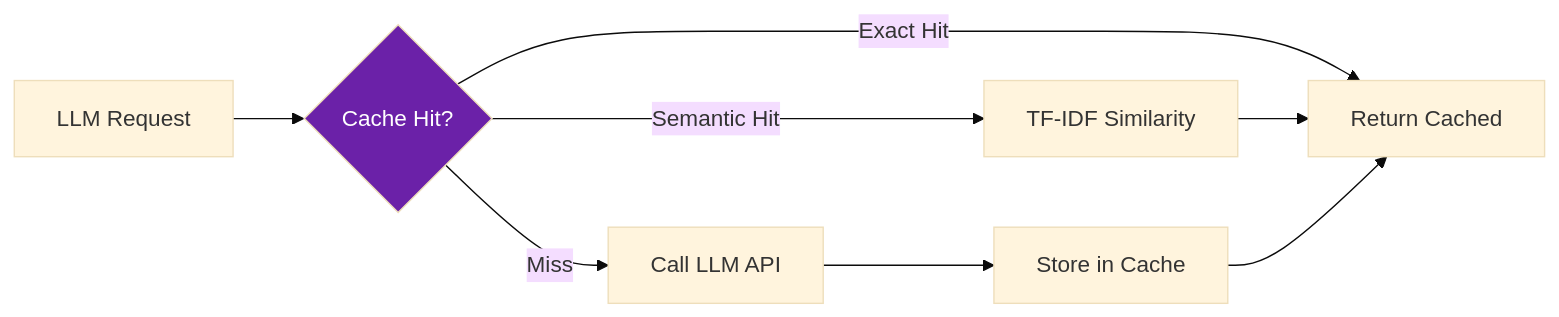
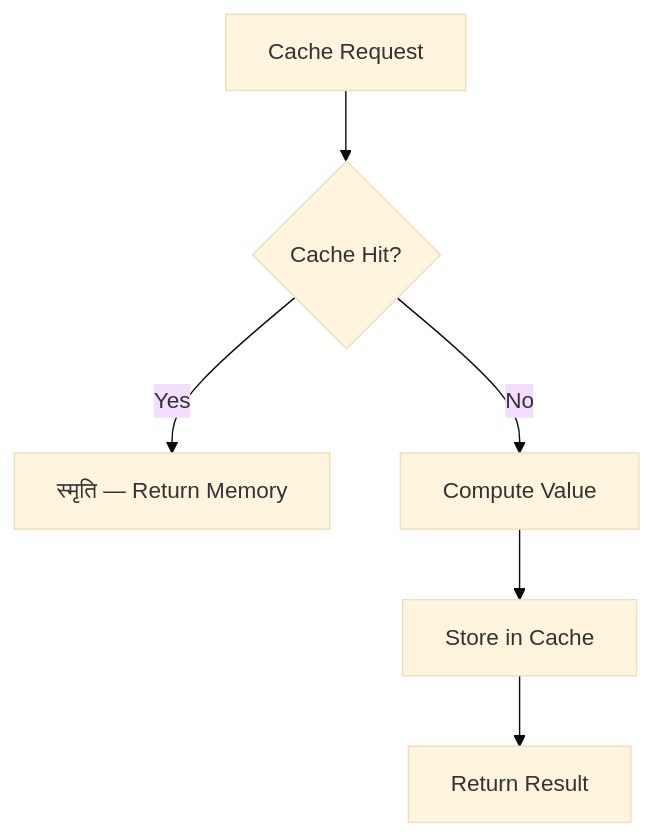
Before and after one commit to darshjme/smriti: the diagram in README.md, drawn with Mermaid (base theme). The commit also changed other lines of this file and 1 other file, not shown here.

````diff
--- a/README.md
+++ b/README.md
@@ -48,11 +35,8 @@
 ```mermaid
-flowchart LR
-    A[LLM Request] --> B{Cache Hit?}
-    B -- Exact Hit --> C[Return Cached]
-    B -- Semantic Hit --> D[TF-IDF Similarity]
-    D --> C
-    B -- Miss --> E[Call LLM API]
-    E --> F[Store in Cache]
-    F --> C
-    style B fill:#6b21a8,color:#fff
+flowchart TD
+    A[Cache Request] --> B{Cache Hit?}
+    B -->|Yes| C[स्मृति — Return Memory]
+    B -->|No| D[Compute Value]
+    D --> E[Store in Cache]
+    E --> F[Return Result]
 ```
````
